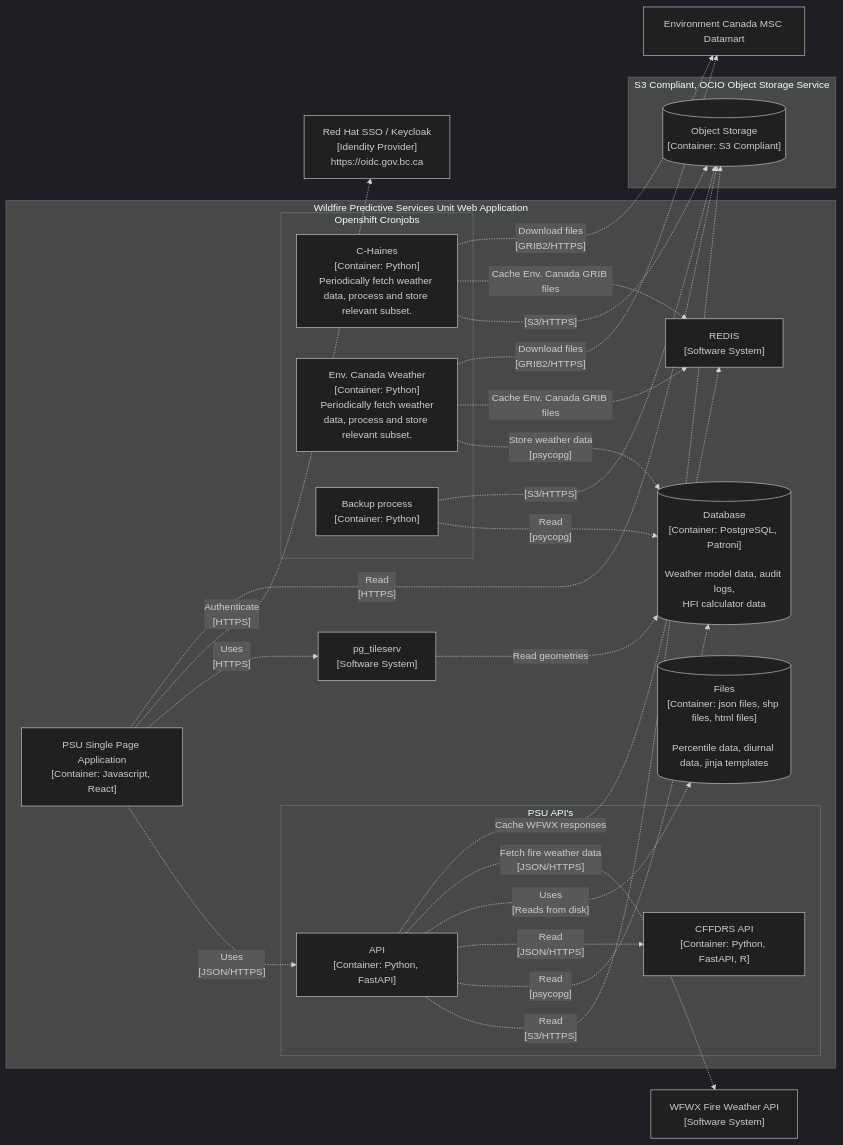
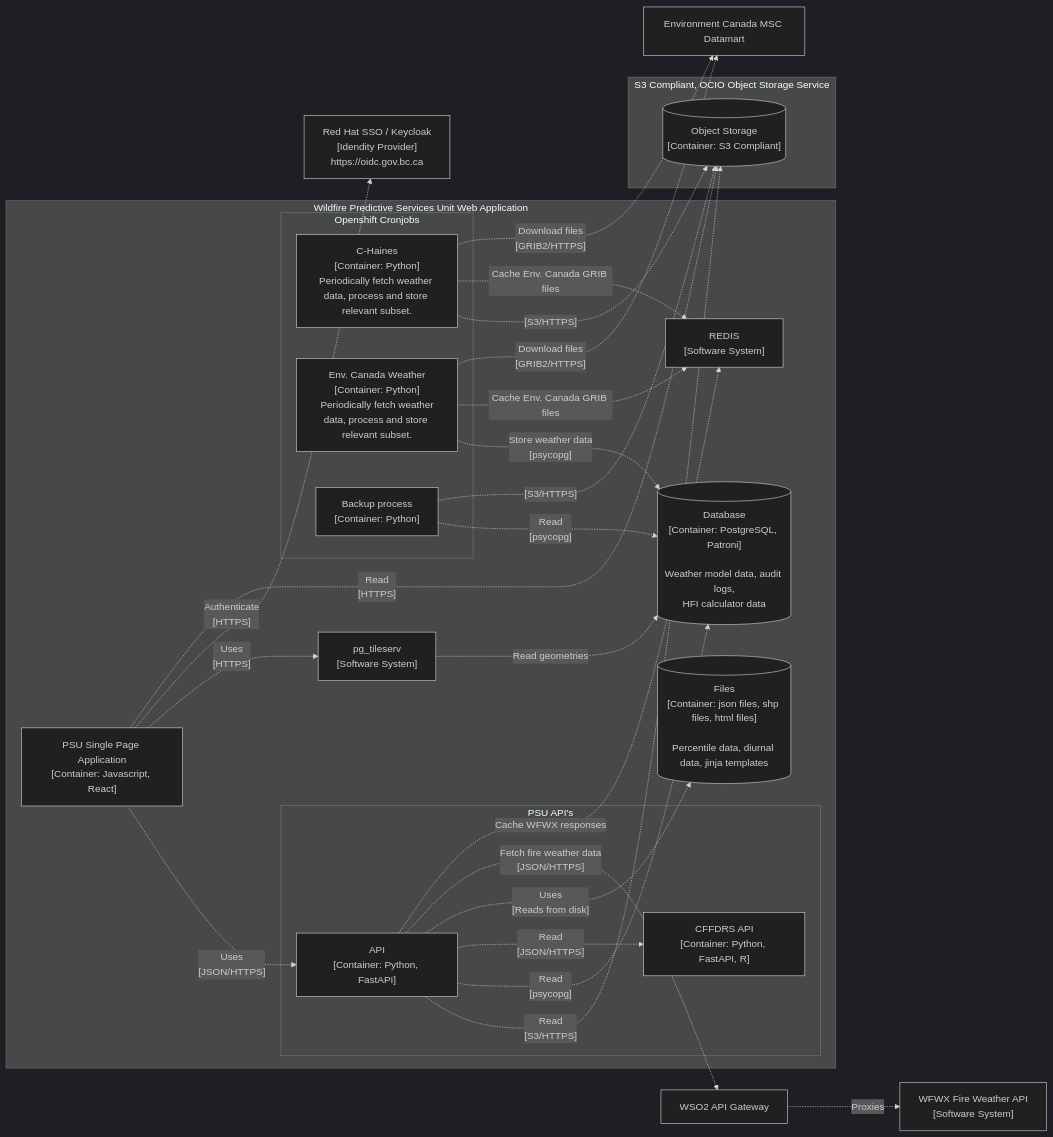
Before and after one commit to bcgov/wps: the diagram in README.md, drawn with Mermaid (dark theme).

Commit message:
Adds WSO2 API Gateway to arch diagram

````diff
--- a/README.md
+++ b/README.md
@@ -44,56 +44,59 @@
 ```mermaid
 graph LR
 
     datamart["Environment Canada MSC Datamart"]
 
     wf1["WFWX Fire Weather API</br>[Software System]"]
+
+    wso2["WSO2 API Gateway"]
 
     sso["Red Hat SSO / Keycloak</br>[Idendity Provider]</br>https://oidc.gov.bc.ca"]
 
     subgraph Wildfire Predictive Services Unit Web Application
         FrontEnd["PSU Single Page Application</br>[Container: Javascript, React]"]
 
         subgraph PSU API's
             API["API</br>[Container: Python, FastAPI]"]
             CFFDRS_API["CFFDRS API</br>[Container: Python, FastAPI, R]"]
         end
 
         pg_tileserv["pg_tileserv</br>[Software System]"]
         redis["REDIS</br>[Software System]"]
 
         subgraph Openshift Cronjobs
             c-haines["C-Haines</br>[Container: Python]</br>Periodically fetch weather data, process and store relevant subset."]
             env-canada["Env. Canada Weather</br>[Container: Python]</br> Periodically fetch weather data, process and store relevant subset."]
             backup["Backup process</br>[Container: Python]"]
         end
 
         Database[("Database</br>[Container: PostgreSQL, Patroni]</br></br>Weather model data, audit logs,</br>HFI calculator data")]
         Files[("Files</br>[Container: json files, shp files, html files]</br></br>Percentile data, diurnal data, jinja templates")]
 
     end
 
     subgraph "S3 Compliant, OCIO Object Storage Service"
         s3[("Object Storage</br>[Container: S3 Compliant]")]
     end
 
     API-. "Read</br>[S3/HTTPS]" .->s3
     API-.->|"Read</br>[psycopg]"|Database
     API-.->|"Read</br>[JSON/HTTPS]"|CFFDRS_API
     API-.->|"Uses</br>[Reads from disk]"|Files
-    API-. "Fetch fire weather data</br>[JSON/HTTPS]" .->wf1
+    API-. "Fetch fire weather data</br>[JSON/HTTPS]" .->wso2
     API-. "Cache WFWX responses" .->redis
+    wso2-. "Proxies" .->wf1
     pg_tileserv-. "Read geometries" .->Database
     FrontEnd-.->|"Uses</br>[JSON/HTTPS]"|API
     FrontEnd-.->|"Uses</br>[HTTPS]"|pg_tileserv
     FrontEnd-. "Authenticate</br>[HTTPS]" .->sso
     FrontEnd-. "Read</br>[HTTPS]" .->s3
     c-haines-. "[S3/HTTPS]" .->s3
     c-haines-. "Cache Env. Canada GRIB files" .->redis
     c-haines-. "Download files</br>[GRIB2/HTTPS]" .->datamart
     env-canada-. "Store weather data</br>[psycopg]" .->Database
     env-canada-. "Cache Env. Canada GRIB files" .->redis
     env-canada-. "Download files</br>[GRIB2/HTTPS]" .->datamart
     backup-. "Read</br>[psycopg]" .->Database
     backup-. "[S3/HTTPS] " .->s3
 
 ```
````
